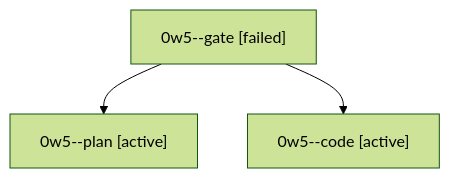
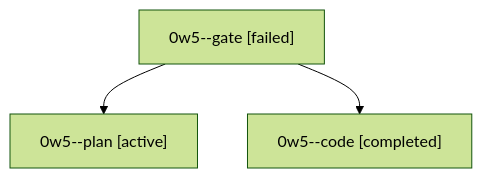
Before and after one commit to bobs-org/bob-cli--agents: the diagram in sessions/bbugyi200.athena.0w5.md, drawn with Mermaid (forest theme). The commit also changed other lines of this file and 49 other files, not shown here.

````diff
--- a/sessions/bbugyi200.athena.0w5.md
+++ b/sessions/bbugyi200.athena.0w5.md
@@ -9,8 +9,8 @@
 ```mermaid
 flowchart TD
   n0["0w5--gate [failed]"]
   n1["0w5--plan [active]"]
   n0 --> n1
-  n2["0w5--code [active]"]
+  n2["0w5--code [completed]"]
   n0 --> n2
 ```
````
